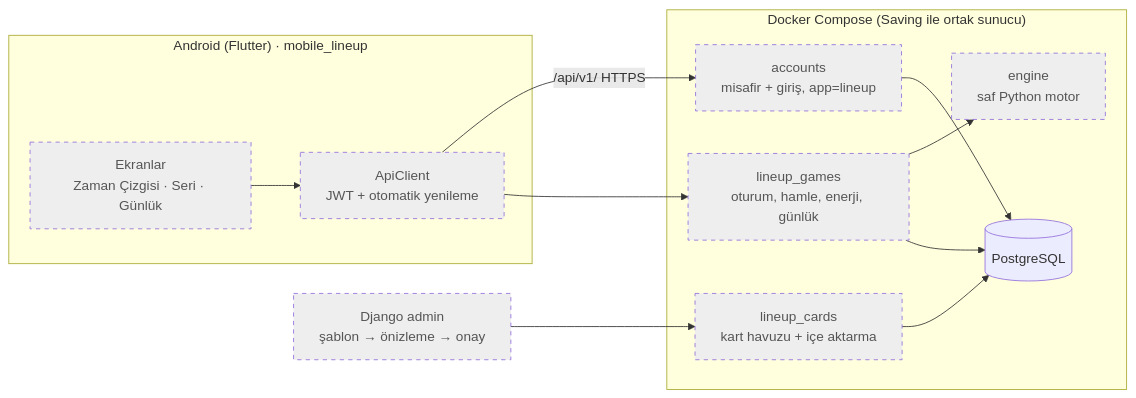
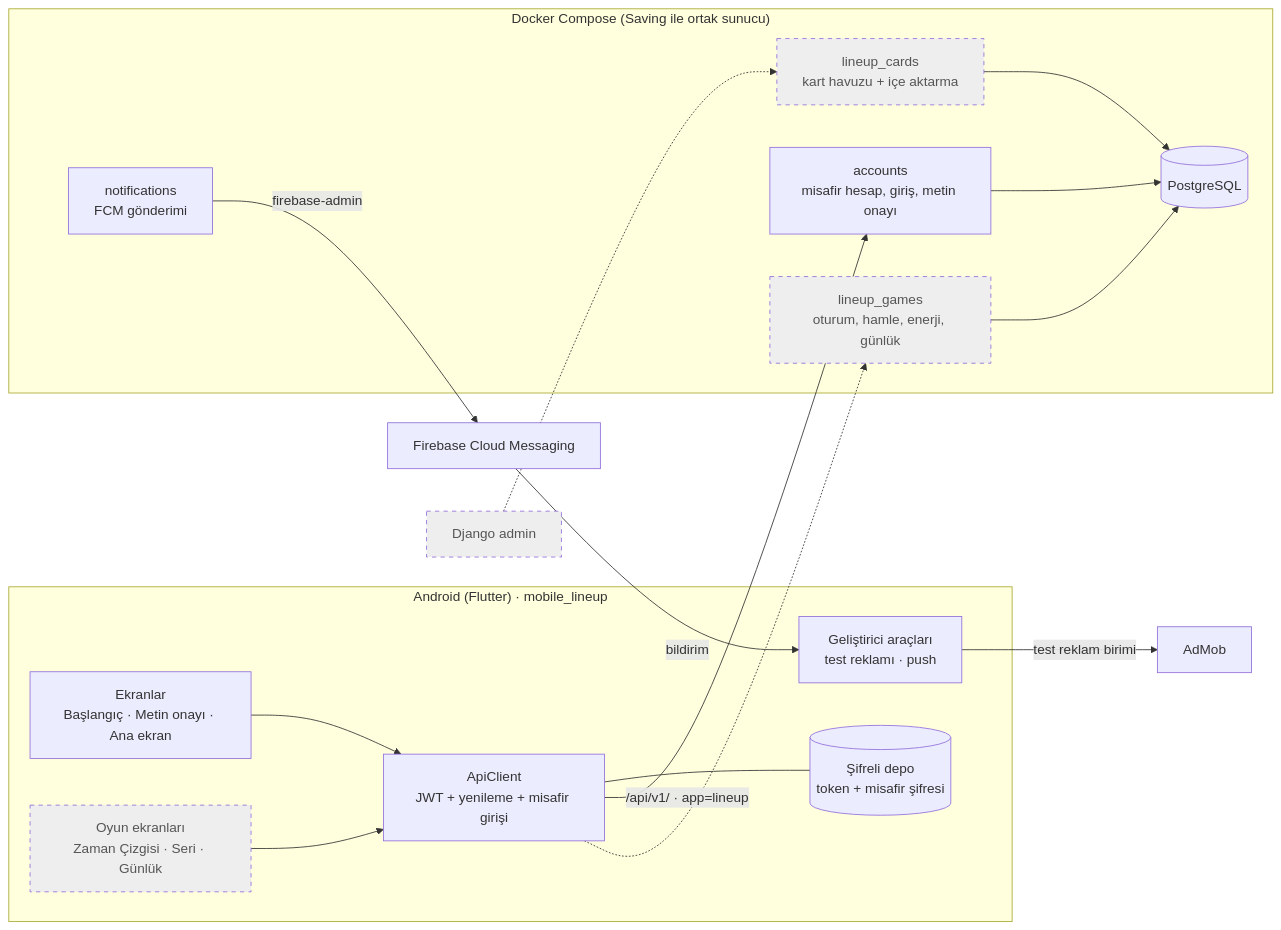
The first of 2 diagrams in docs/FLOW_lineup.md (anilcelik0/saving), drawn with Mermaid before and after one commit. The commit also changed other lines of this file and 11 other files, not shown here.

Commit message:
[lineup] Plugin proof: Firebase messaging + rewarded test ad on a debug-only dev screen

````diff
--- a/docs/FLOW_lineup.md
+++ b/docs/FLOW_lineup.md
@@ -12,27 +12,34 @@
 ```mermaid
 flowchart LR
     subgraph Mobil["Android (Flutter) · mobile_lineup"]
-        UI[Ekranlar<br/>Zaman Çizgisi · Seri · Günlük]
-        API[ApiClient<br/>JWT + otomatik yenileme]
+        UI[Ekranlar<br/>Başlangıç · Metin onayı · Ana ekran]
+        DEV[Geliştirici araçları<br/>test reklamı · push]
+        MODES[Oyun ekranları<br/>Zaman Çizgisi · Seri · Günlük]
+        API[ApiClient<br/>JWT + yenileme + misafir girişi]
+        STORE[(Şifreli depo<br/>token + misafir şifresi)]
         UI --> API
+        MODES --> API
+        API --- STORE
     end
 
     subgraph Sunucu["Docker Compose (Saving ile ortak sunucu)"]
-        ACC[accounts<br/>misafir + giriş, app=lineup]
+        ACC[accounts<br/>misafir hesap, giriş, metin onayı]
+        NOTIF[notifications<br/>FCM gönderimi]
         CARDS[lineup_cards<br/>kart havuzu + içe aktarma]
         GAMES[lineup_games<br/>oturum, hamle, enerji, günlük]
-        ENG[engine<br/>saf Python motor]
         DB[(PostgreSQL)]
         ACC --> DB
         CARDS --> DB
-        GAMES --> ENG
         GAMES --> DB
     end
 
-    API -->|/api/v1/ HTTPS| ACC
-    API --> GAMES
-    ADM[Django admin<br/>şablon → önizleme → onay] --> CARDS
+    API -->|/api/v1/ · app=lineup| ACC
+    API -.-> GAMES
+    NOTIF -->|firebase-admin| FCM[Firebase Cloud Messaging]
+    FCM -->|bildirim| DEV
+    DEV -->|test reklam birimi| ADMOB[AdMob]
+    ADM[Django admin] -.-> CARDS
 
     classDef planned stroke-dasharray: 5 5,fill:#eee,color:#555
-    class UI,API,ACC,CARDS,GAMES,ENG,ADM planned
+    class MODES,CARDS,GAMES,ADM planned
 ```
````
